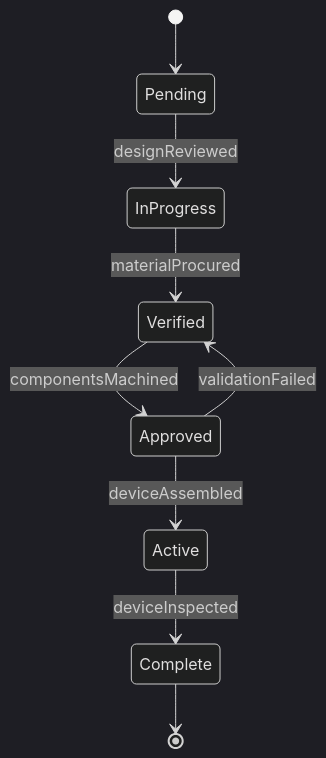
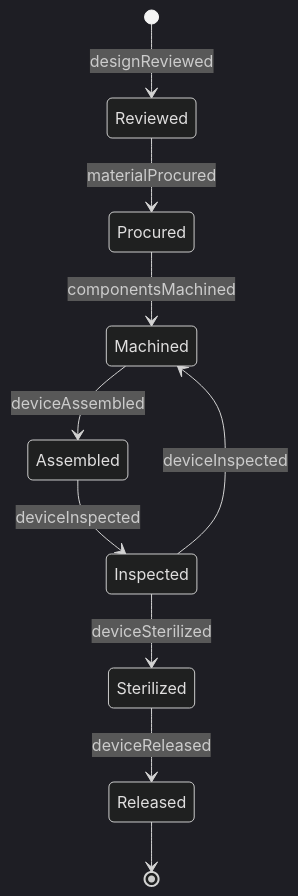
Before and after one commit to dot-org-ai/tasks.org.ai: the second of 4 diagrams in HandlingAndMovingObjects/FabricateMedicalDevices/FabricateMedicalDevices.mdx, drawn with Mermaid (dark theme). The commit also changed other lines of this file and 515 other files, not shown here.

````diff
--- a/HandlingAndMovingObjects/FabricateMedicalDevices/FabricateMedicalDevices.mdx
+++ b/HandlingAndMovingObjects/FabricateMedicalDevices/FabricateMedicalDevices.mdx
@@ -101,11 +102,12 @@
 ```mermaid
 stateDiagram-v2
-    [*] --> Pending
-    Pending --> InProgress : designReviewed
-    InProgress --> Verified : materialProcured
-    Verified --> Approved : componentsMachined
-    Approved --> Active : deviceAssembled
-    Active --> Complete : deviceInspected
-    Approved --> Verified : validationFailed
-    Complete --> [*]
+    [*] --> Reviewed : designReviewed
+    Reviewed --> Procured : materialProcured
+    Procured --> Machined : componentsMachined
+    Machined --> Assembled : deviceAssembled
+    Assembled --> Inspected : deviceInspected
+    Inspected --> Sterilized : deviceSterilized
+    Sterilized --> Released : deviceReleased
+    Inspected --> Machined : deviceInspected
+    Released --> [*]
 ```
````
